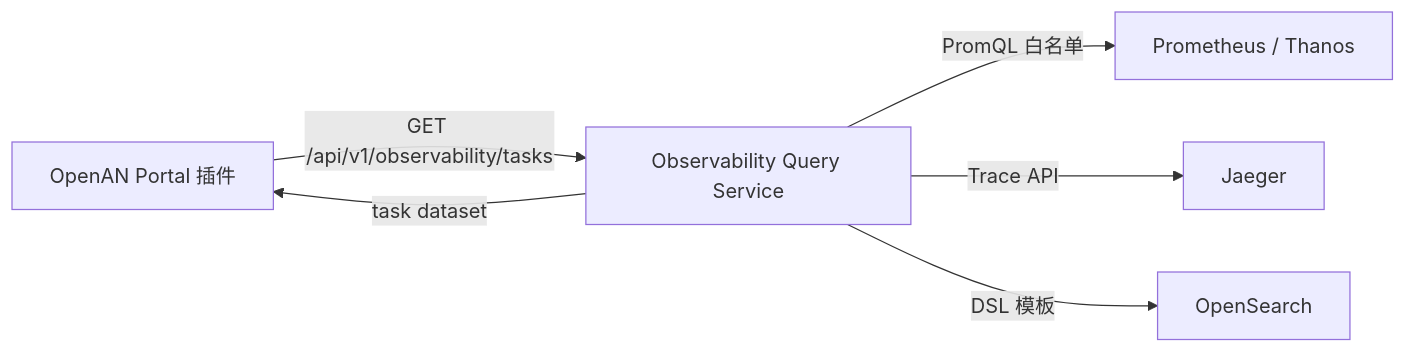
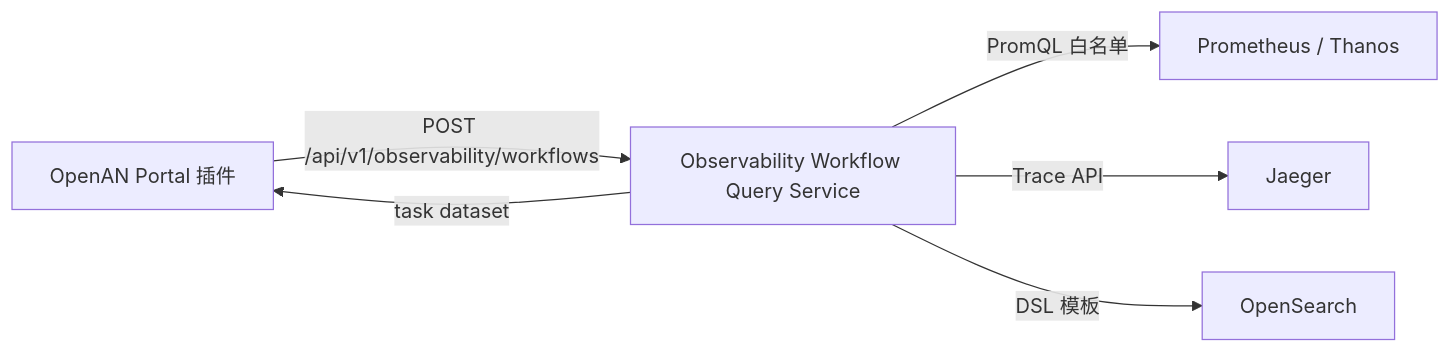
The diagram in observability-query-service/README.md (cjj205/observability-center), drawn with Mermaid before and after one commit. The commit also changed other lines of this file and 11 other files, not shown here.

First line of the commit message:
feat: implement observability workflow query service

````diff
--- a/observability-query-service/README.md
+++ b/observability-query-service/README.md
@@ -17,8 +18,8 @@
 ```mermaid
 flowchart LR
-  Portal[OpenAN Portal 插件] -->|GET /api/v1/observability/tasks| Query[Observability Query Service]
+Portal[OpenAN Portal 插件] -->|POST /api/v1/observability/workflows| Query[Observability Workflow Query Service]
   Query -->|PromQL 白名单| Prometheus[Prometheus / Thanos]
   Query -->|Trace API| Jaeger[Jaeger]
   Query -->|DSL 模板| OpenSearch[OpenSearch]
   Query -->|task dataset| Portal
 ```
````
